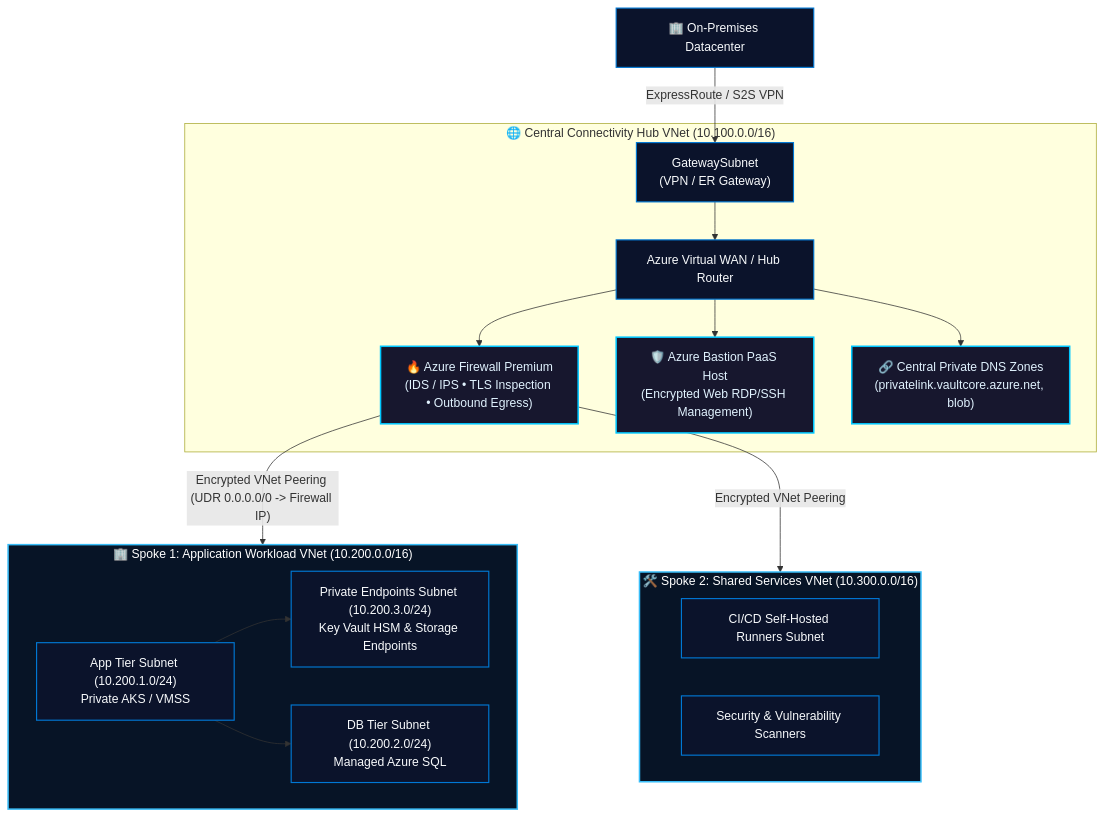
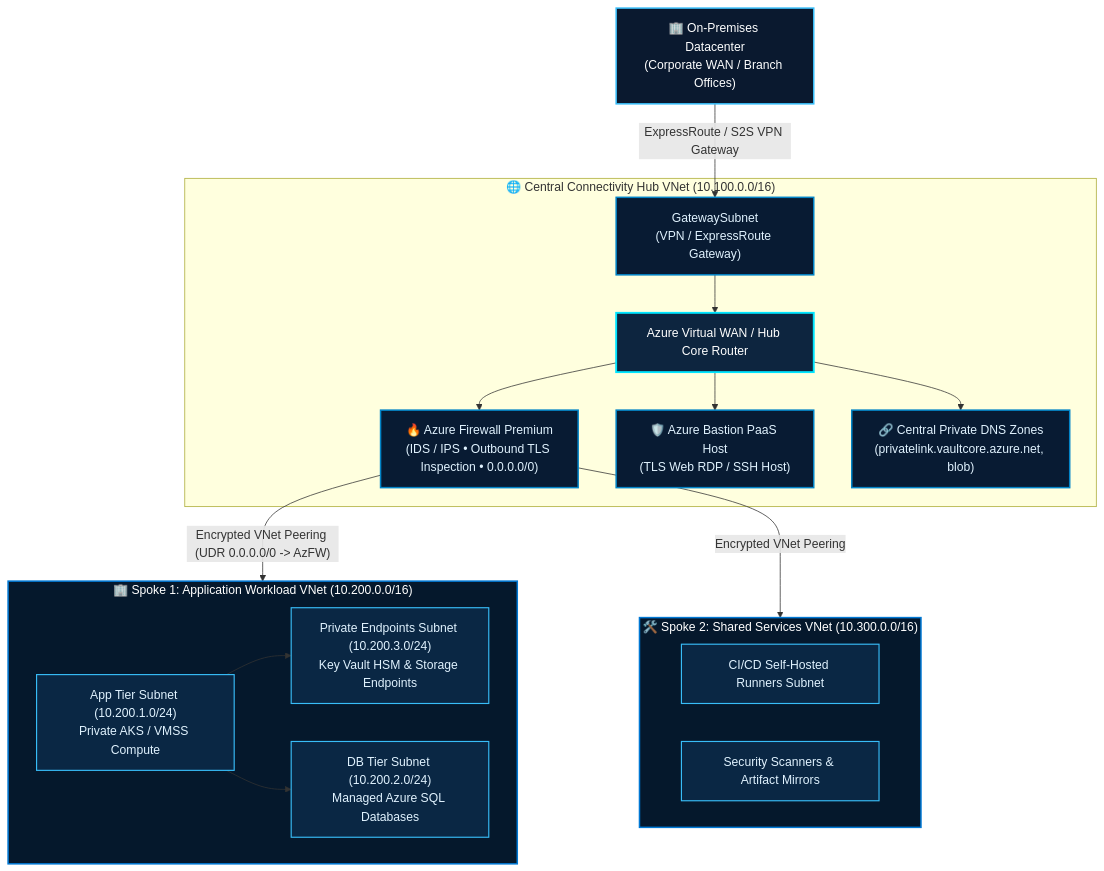
The first of 4 diagrams in README.md (Dev-opsRahul/Dev-opsRahul), drawn with Mermaid before and after one commit. The commit also changed other lines of this file and 1 other file, not shown here.

````diff
--- a/README.md
+++ b/README.md
@@ -198,33 +184,36 @@
 ```mermaid
 flowchart TD
-    OnPrem["🏢 On-Premises Datacenter"] -->|"ExpressRoute / S2S VPN"| GW["GatewaySubnet\n(VPN / ER Gateway)"]
+    %% COLORFUL ENTERPRISE BLUE PALETTE DEFINITIONS
+    classDef onprem fill:#0A192F,stroke:#38BDF8,stroke-width:2px,color:#FFFFFF;
+    classDef hub fill:#0D253F,stroke:#00E5FF,stroke-width:2.5px,color:#FFFFFF;
+    classDef security fill:#081B33,stroke:#0284C7,stroke-width:2px,color:#E0F2FE;
+    classDef spoke fill:#05182C,stroke:#0078D4,stroke-width:2px,color:#FFFFFF;
+    classDef subnet fill:#0A2744,stroke:#38BDF8,stroke-width:1.5px,color:#E0F2FE;
+
+    OnPrem["🏢 On-Premises Datacenter\n(Corporate WAN / Branch Offices)"]:::onprem -->|"ExpressRoute / S2S VPN Gateway"| GW["GatewaySubnet\n(VPN / ExpressRoute Gateway)"]:::security
 
     subgraph Hub ["🌐 Central Connectivity Hub VNet (10.100.0.0/16)"]
-        GW --> HubRouter["Azure Virtual WAN / Hub Router"]
-        HubRouter --> AzFW["🔥 Azure Firewall Premium\n(IDS / IPS • TLS Inspection • Outbound Egress)"]
-        HubRouter --> Bastion["🛡️ Azure Bastion PaaS Host\n(Encrypted Web RDP/SSH Management)"]
-        HubRouter --> DNS["🔗 Central Private DNS Zones\n(privatelink.vaultcore.azure.net, blob)"]
+        GW --> HubRouter["Azure Virtual WAN / Hub Core Router"]:::hub
+        HubRouter --> AzFW["🔥 Azure Firewall Premium\n(IDS / IPS • Outbound TLS Inspection • 0.0.0.0/0)"]:::security
+        HubRouter --> Bastion["🛡️ Azure Bastion PaaS Host\n(TLS Web RDP / SSH Host)"]:::security
+        HubRouter --> DNS["🔗 Central Private DNS Zones\n(privatelink.vaultcore.azure.net, blob)"]:::security
     end
 
-    AzFW -->|"Encrypted VNet Peering (UDR 0.0.0.0/0 -> Firewall IP)"| Spoke1
+    AzFW -->|"Encrypted VNet Peering (UDR 0.0.0.0/0 -> AzFW)"| Spoke1
     AzFW -->|"Encrypted VNet Peering"| Spoke2
 
     subgraph Spoke1 ["🏢 Spoke 1: Application Workload VNet (10.200.0.0/16)"]
-        AppSubnet["App Tier Subnet (10.200.1.0/24)\nPrivate AKS / VMSS"]
-        DBSubnet["DB Tier Subnet (10.200.2.0/24)\nManaged Azure SQL"]
-        PESubnet["Private Endpoints Subnet (10.200.3.0/24)\nKey Vault HSM & Storage Endpoints"]
+        AppSubnet["App Tier Subnet (10.200.1.0/24)\nPrivate AKS / VMSS Compute"]:::subnet
+        DBSubnet["DB Tier Subnet (10.200.2.0/24)\nManaged Azure SQL Databases"]:::subnet
+        PESubnet["Private Endpoints Subnet (10.200.3.0/24)\nKey Vault HSM & Storage Endpoints"]:::subnet
         AppSubnet --> PESubnet
         AppSubnet --> DBSubnet
     end
 
     subgraph Spoke2 ["🛠️ Spoke 2: Shared Services VNet (10.300.0.0/16)"]
-        RunnerSubnet["CI/CD Self-Hosted Runners Subnet"]
-        SecSubnet["Security & Vulnerability Scanners"]
+        RunnerSubnet["CI/CD Self-Hosted Runners Subnet"]:::subnet
+        SecSubnet["Security Scanners & Artifact Mirrors"]:::subnet
     end
 
-    classDef default fill:#0B132B,stroke:#0078D4,stroke-width:1.5px,color:#F8FAFC;
-    classDef security fill:#17172E,stroke:#00C7FF,stroke-width:2px,color:#E0F2FE;
-    classDef spoke fill:#071426,stroke:#38BDF8,stroke-width:2px,color:#FFFFFF;
-    class AzFW,Bastion,DNS security;
     class Spoke1,Spoke2 spoke;
 ```
````
